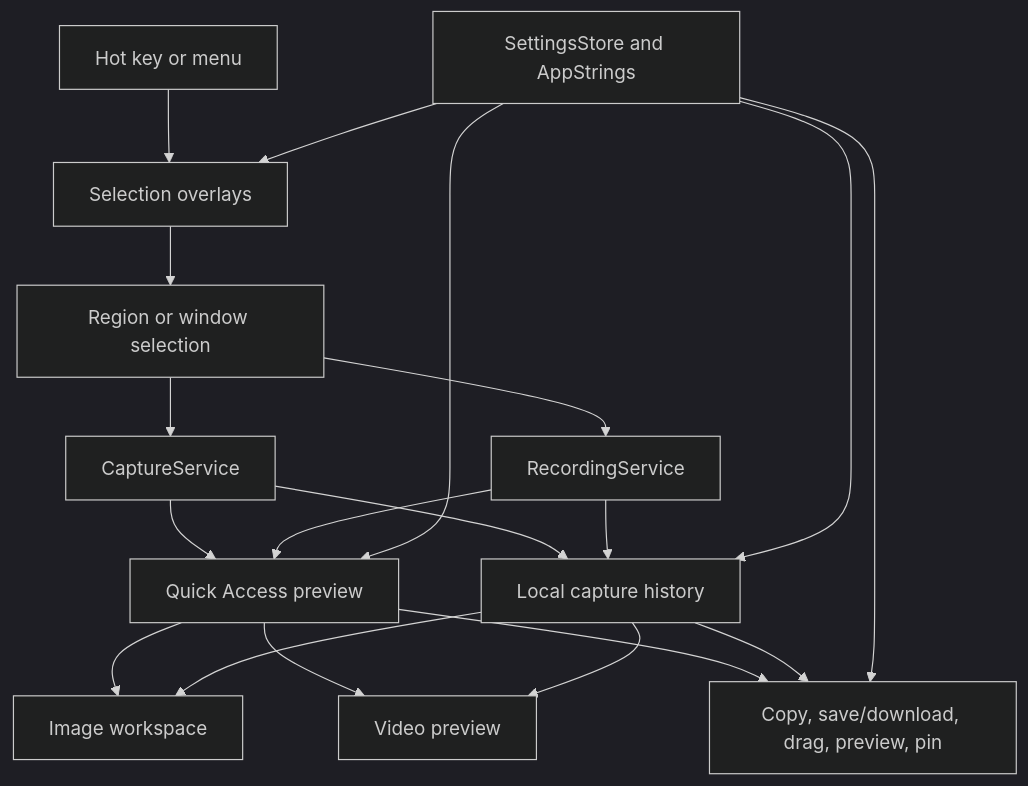
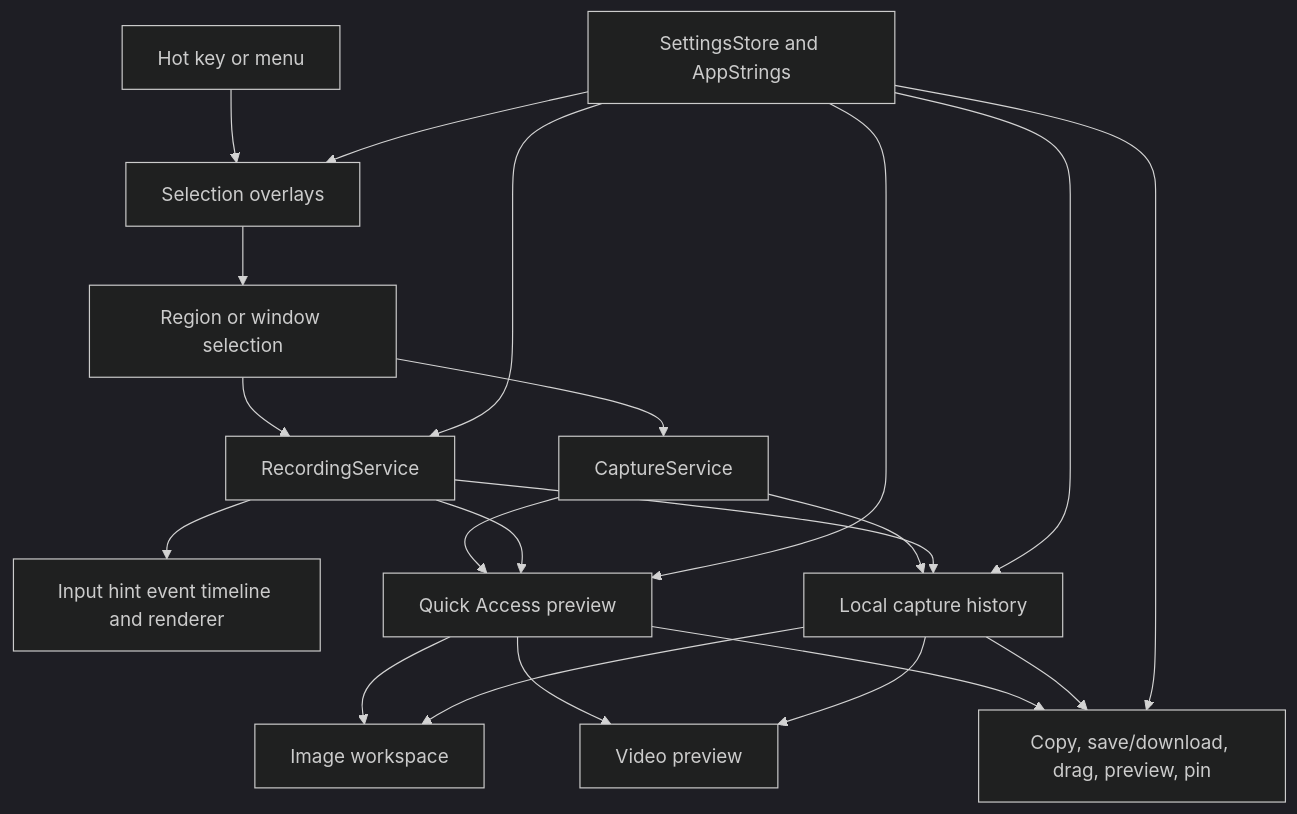
Before and after one commit to deweyou/frame: the diagram in docs/architecture.md, drawn with Mermaid (dark theme). The commit also changed other lines of this file and 21 other files, not shown here.

First line of the commit message:
Add recording input hints (#19)

````diff
--- a/docs/architecture.md
+++ b/docs/architecture.md
@@ -3,21 +3,23 @@
 ```mermaid
 flowchart TD
     HotKey[Hot key or menu] --> Overlay[Selection overlays]
     Overlay --> Selection[Region or window selection]
     Selection --> Capture[CaptureService]
     Selection --> Recording[RecordingService]
+    Recording --> InputHints[Input hint event timeline and renderer]
     Capture --> History[Local capture history]
     Capture --> QuickAccess[Quick Access preview]
     Recording --> History
     Recording --> QuickAccess
     QuickAccess --> VideoPreview[Video preview]
     QuickAccess --> Output[Copy, save/download, drag, preview, pin]
     QuickAccess --> Workspace[Image workspace]
     History --> Workspace
     History --> VideoPreview
     History --> Output
     Settings[SettingsStore and AppStrings] --> Overlay
+    Settings --> Recording
     Settings --> QuickAccess
     Settings --> Output
     Settings --> History
 ```
````
